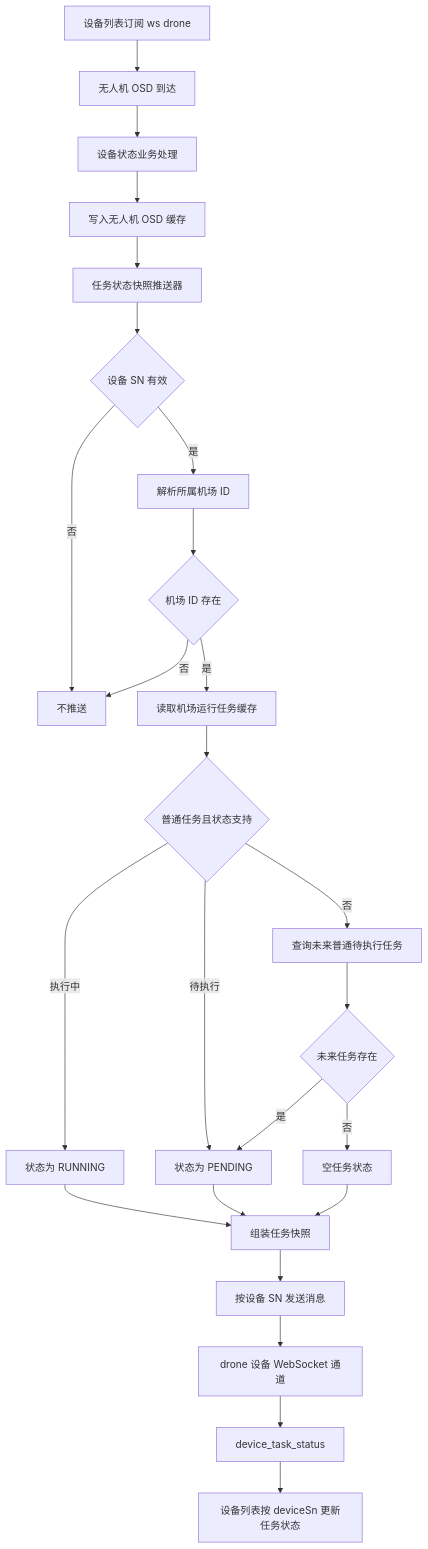
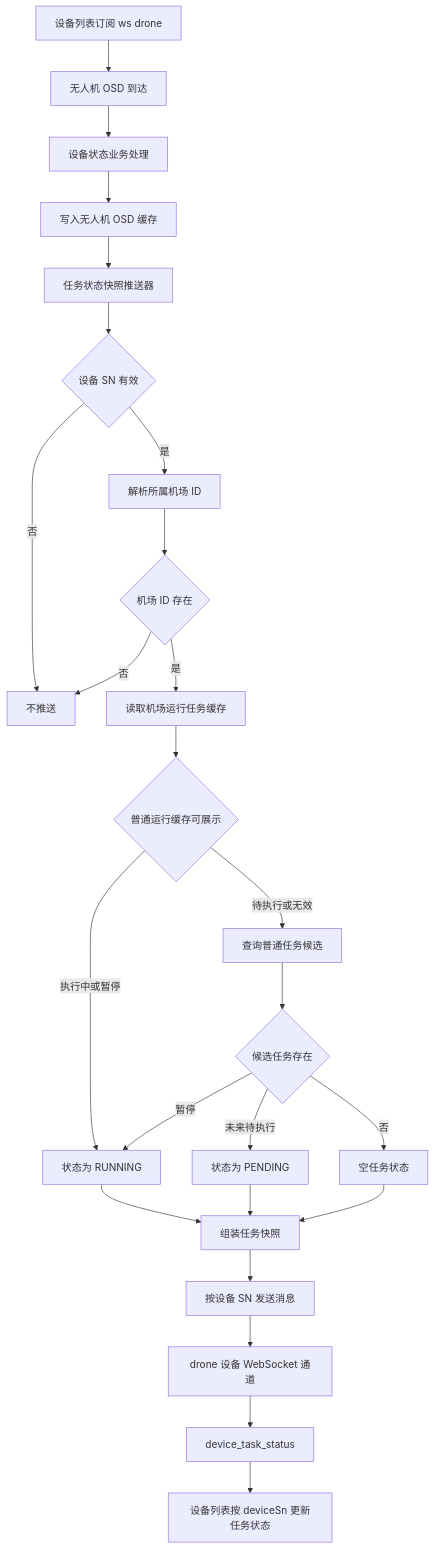
Before and after one commit to cnxutu/tu-devkit: the second of 3 diagrams in ai-guidance/products/company/device-inspection-platform/repositories/c-drone-inspection/device-task-status-display-and-websocket.md, drawn with Mermaid. The commit also changed other lines of this file and 2 other files, not shown here.

````diff
--- a/ai-guidance/products/company/device-inspection-platform/repositories/c-drone-inspection/device-task-status-display-and-websocket.md
+++ b/ai-guidance/products/company/device-inspection-platform/repositories/c-drone-inspection/device-task-status-display-and-websocket.md
@@ -41,27 +41,27 @@
 ```mermaid
 flowchart TD
     A[设备列表订阅 ws drone] --> B[无人机 OSD 到达]
     B --> C[设备状态业务处理]
     C --> D[写入无人机 OSD 缓存]
     D --> E[任务状态快照推送器]
     E --> F{设备 SN 有效}
     F -->|否| G[不推送]
     F -->|是| H[解析所属机场 ID]
     H --> I{机场 ID 存在}
     I -->|否| G
     I -->|是| J[读取机场运行任务缓存]
-    J --> K{普通任务且状态支持}
-    K -->|执行中| L[状态为 RUNNING]
-    K -->|待执行| M[状态为 PENDING]
-    K -->|否| N[查询未来普通待执行任务]
-    N --> O{未来任务存在}
-    O -->|是| M
+    J --> K{普通运行缓存可展示}
+    K -->|执行中或暂停| L[状态为 RUNNING]
+    K -->|待执行或无效| N[查询普通任务候选]
+    N --> O{候选任务存在}
+    O -->|暂停| L
+    O -->|未来待执行| M[状态为 PENDING]
     O -->|否| P[空任务状态]
     L --> Q[组装任务快照]
     M --> Q
     P --> Q
     Q --> R[按设备 SN 发送消息]
     R --> S[drone 设备 WebSocket 通道]
     S --> T[device_task_status]
     T --> U[设备列表按 deviceSn 更新任务状态]
 ```
````
